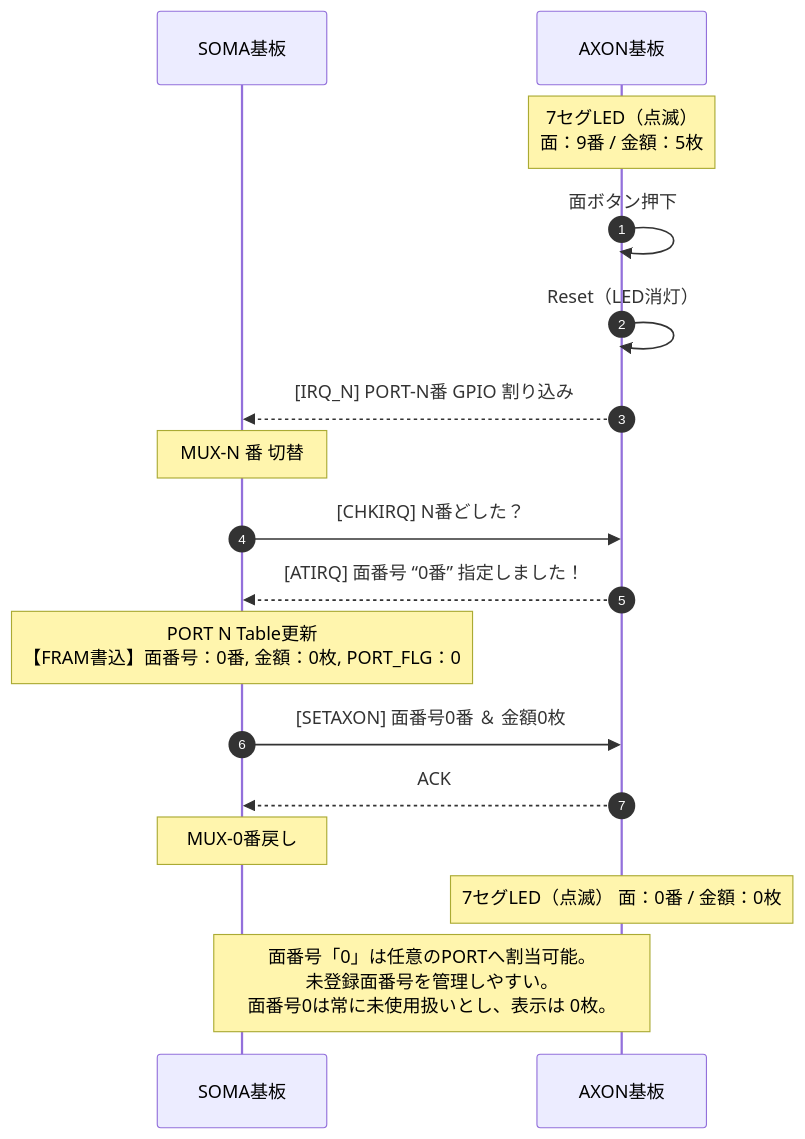
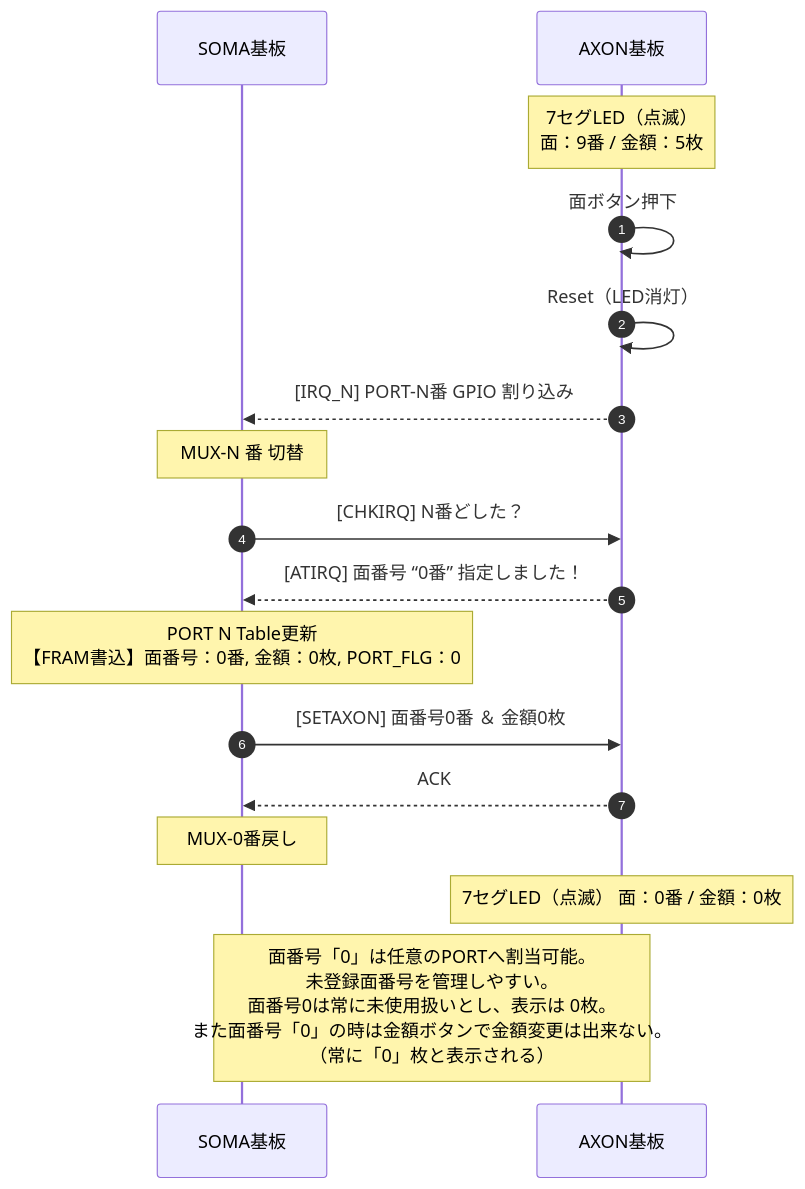
The fifth of 13 diagrams in docs/仕様書/SOMA-TG仕様書_ver1.0.md (tep-hidetoshi-tsuchiya/axon_board), drawn with Mermaid before and after one commit. The commit also changed other lines of this file and 46 other files, not shown here.

````diff
--- a/docs/仕様書/SOMA-TG仕様書_ver1.0.md
+++ b/docs/仕様書/SOMA-TG仕様書_ver1.0.md
@@ -2198,38 +2209,39 @@
 ```mermaid
 sequenceDiagram
     autonumber
     participant SOMA as SOMA基板
     participant AXON as AXON基板
 
     %% --- 初期状態 ---
     Note over AXON: 7セグLED（点滅）<br>面：9番 / 金額：5枚
 
     %% --- 面ボタン押下 ---
     AXON->>AXON: 面ボタン押下
     AXON->>AXON: Reset（LED消灯）
 
     %% --- 割り込み通知 ---
     AXON-->>SOMA: [IRQ_N] PORT-N番 GPIO 割り込み
 
     %% --- MUX 切替 ---
     Note over SOMA: MUX-N 番 切替
 
     %% --- 状態確認 ---
     SOMA->>AXON: [CHKIRQ] N番どした？
     AXON-->>SOMA: [ATIRQ] 面番号 “0番” 指定しました！
 
     %% --- 面番号0の設定 ---
     Note over SOMA: PORT N Table更新<br>【FRAM書込】面番号：0番, 金額：0枚, PORT_FLG：0
     SOMA->>AXON: [SETAXON] 面番号0番 ＆ 金額0枚
     AXON-->>SOMA: ACK
 
     %% --- MUX戻し ---
     Note over SOMA: MUX-0番戻し
 
     %% --- LED更新 ---
     Note over AXON: 7セグLED（点滅） 面：0番 / 金額：0枚
 
     %% --- 注記 ---
-    Note over SOMA,AXON: 面番号「0」は任意のPORTへ割当可能。<br>未登録面番号を管理しやすい。<br>面番号0は常に未使用扱いとし、表示は 0枚。
+    Note over SOMA,AXON: 面番号「0」は任意のPORTへ割当可能。<br>未登録面番号を管理しやすい。<br>面番号0は常に未使用扱いとし、表示は 0枚。<br>また面番号「0」の時は金額ボタンで金額変更は出来ない。<br>（常に「0」枚と表示される）
+
 
 ```
````
